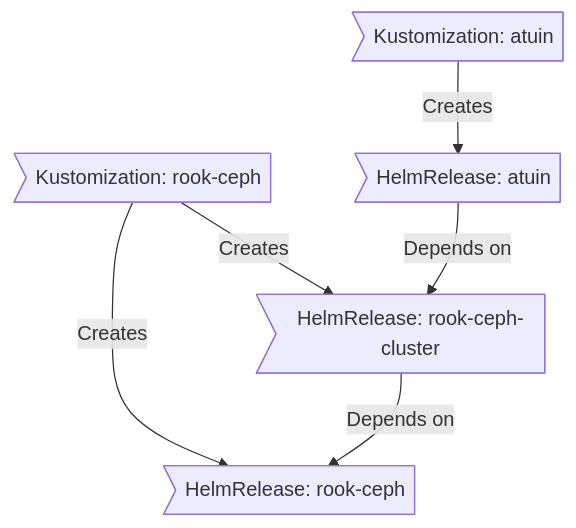
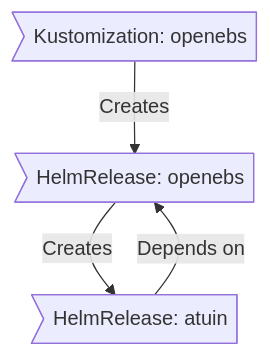
One commit to caycehouse/home-ops changed the first of 2 diagrams in README.md. Above: the diagram before and after it, drawn with Mermaid. The commit also changed other lines of this file and 7 other files, not shown here.

Commit message:
chore: missing zfs/rook-ceph stuff

````diff
--- a/README.md
+++ b/README.md
@@ -87,8 +87,6 @@
 ```mermaid
 graph TD
-    A>Kustomization: rook-ceph] -->|Creates| B[HelmRelease: rook-ceph]
-    A>Kustomization: rook-ceph] -->|Creates| C[HelmRelease: rook-ceph-cluster]
-    C>HelmRelease: rook-ceph-cluster] -->|Depends on| B>HelmRelease: rook-ceph]
-    D>Kustomization: atuin] -->|Creates| E(HelmRelease: atuin)
-    E>HelmRelease: atuin] -->|Depends on| C>HelmRelease: rook-ceph-cluster]
+    A>Kustomization: openebs] -->|Creates| B[HelmRelease: openebs]
+    B>HelmRelease: atuin] -->|Creates| C(HelmRelease: atuin)
+    C>HelmRelease: atuin] -->|Depends on| B>HelmRelease: openebs]
 ```
````
